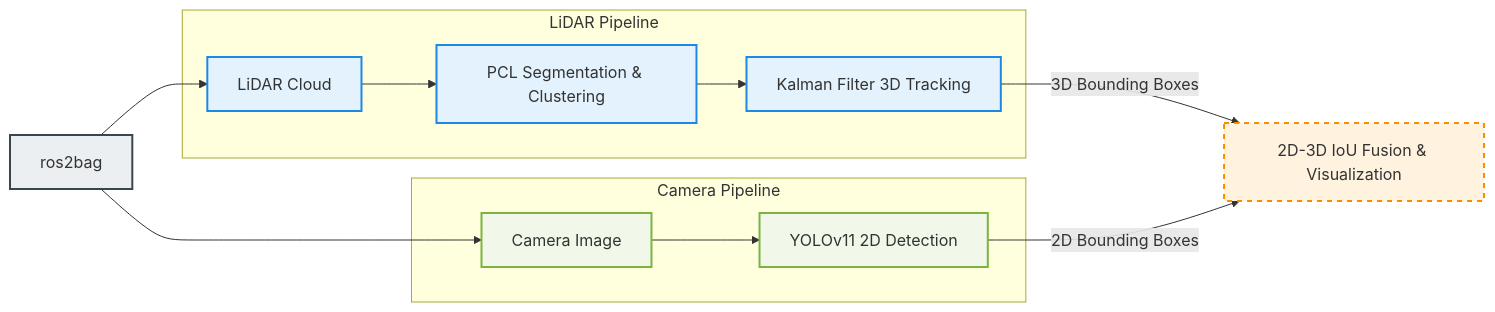
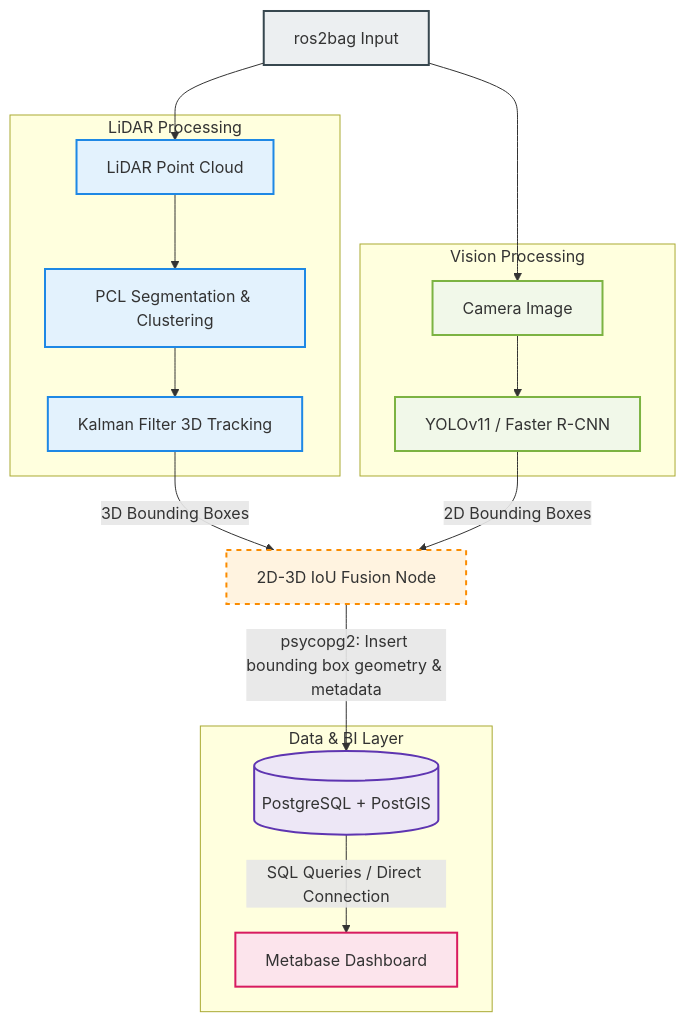
The diagram in readme.md (shadowdk3/LiDAR_Camera_Perception), drawn with Mermaid before and after one commit. The commit also changed other lines of this file, not shown here.

Commit message:
Update readme.md
update pipeline

````diff
--- a/readme.md
+++ b/readme.md
@@ -54,35 +56,46 @@
 ```mermaid
-graph LR
+graph TD
     %% Nodes
-    Bag[ros2bag]:::input
+    Bag[ros2bag Input]:::input
     
-    subgraph LiDAR Pipeline
-        L_Cloud[LiDAR Cloud]:::lidar
+    subgraph LiDAR Pipeline [LiDAR Processing]
+        L_Cloud[LiDAR Point Cloud]:::lidar
         PCL[PCL Segmentation & Clustering]:::lidar
         KF[Kalman Filter 3D Tracking]:::lidar
     end
     
-    subgraph Camera Pipeline
+    subgraph Camera Pipeline [Vision Processing]
         Cam_Img[Camera Image]:::camera
-        YOLO[YOLOv11 2D Detection]:::camera
+        YOLO[YOLOv11 / Faster R-CNN]:::camera
     end
     
-    Fusion[2D-3D IoU Fusion & Visualization]:::fusion
+    Fusion[2D-3D IoU Fusion Node]:::fusion
+    
+    subgraph Storage & Analytics Pipeline [Data & BI Layer]
+        DB[(PostgreSQL + PostGIS)]:::storage
+        BI[Metabase Dashboard]:::analytics
+    end
 
     %% Connections
     Bag --> L_Cloud
     Bag --> Cam_Img
     
     L_Cloud --> PCL
     PCL --> KF
     KF -->|3D Bounding Boxes| Fusion
     
     Cam_Img --> YOLO
     YOLO -->|2D Bounding Boxes| Fusion
 
+    %% Database & BI Stream
+    Fusion -->|psycopg2: Insert bounding box geometry & metadata| DB
+    DB -->|SQL Queries / Direct Connection| BI
+
     %% Styles
     classDef input fill:#eceff1,stroke:#37474f,stroke-width:2px;
     classDef lidar fill:#e3f2fd,stroke:#1e88e5,stroke-width:2px;
     classDef camera fill:#f1f8e9,stroke:#7cb342,stroke-width:2px;
     classDef fusion fill:#fff3e0,stroke:#fb8c00,stroke-width:2px,stroke-dasharray: 5 5;
+    classDef storage fill:#ede7f6,stroke:#5e35b1,stroke-width:2px;
+    classDef analytics fill:#fce4ec,stroke:#d81b60,stroke-width:2px;
 ```
````
